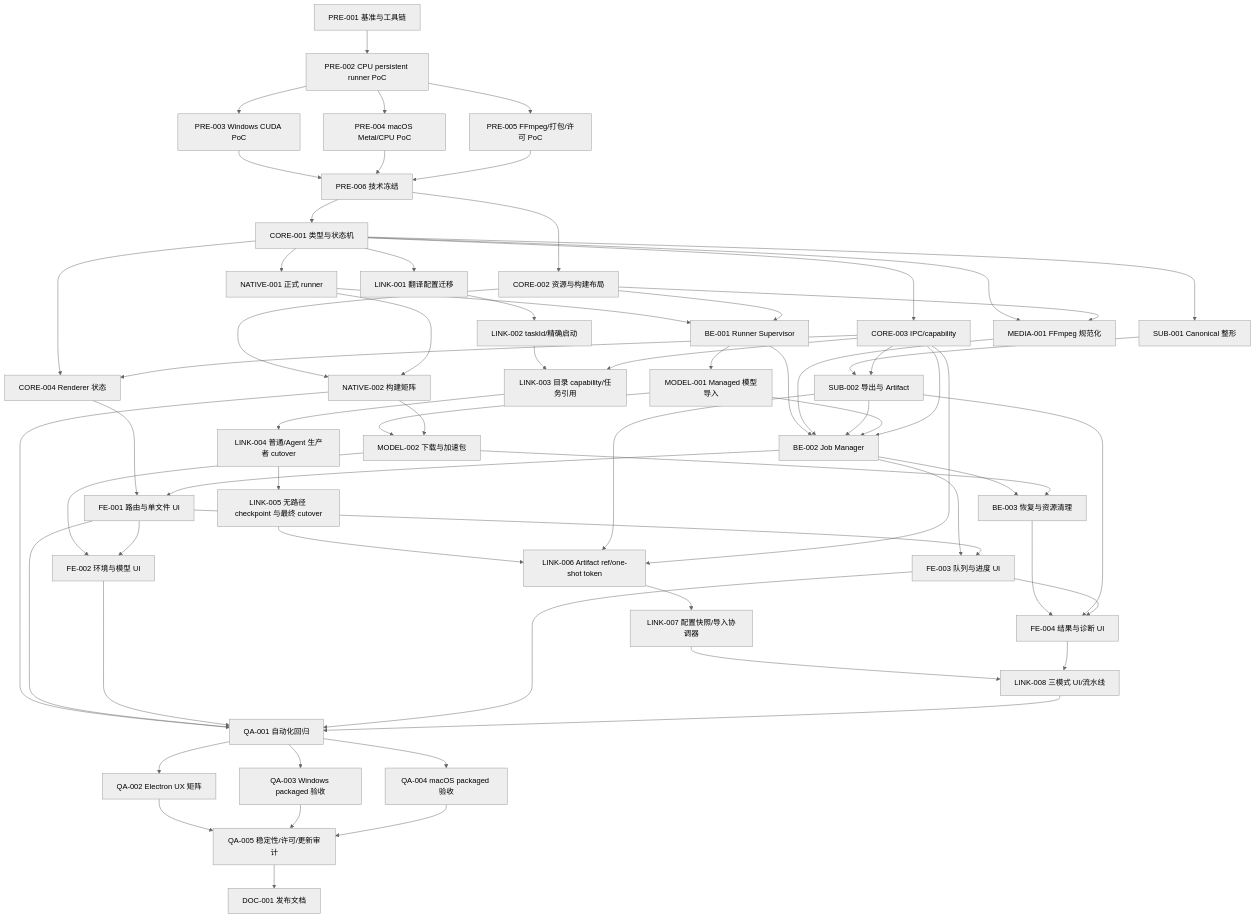
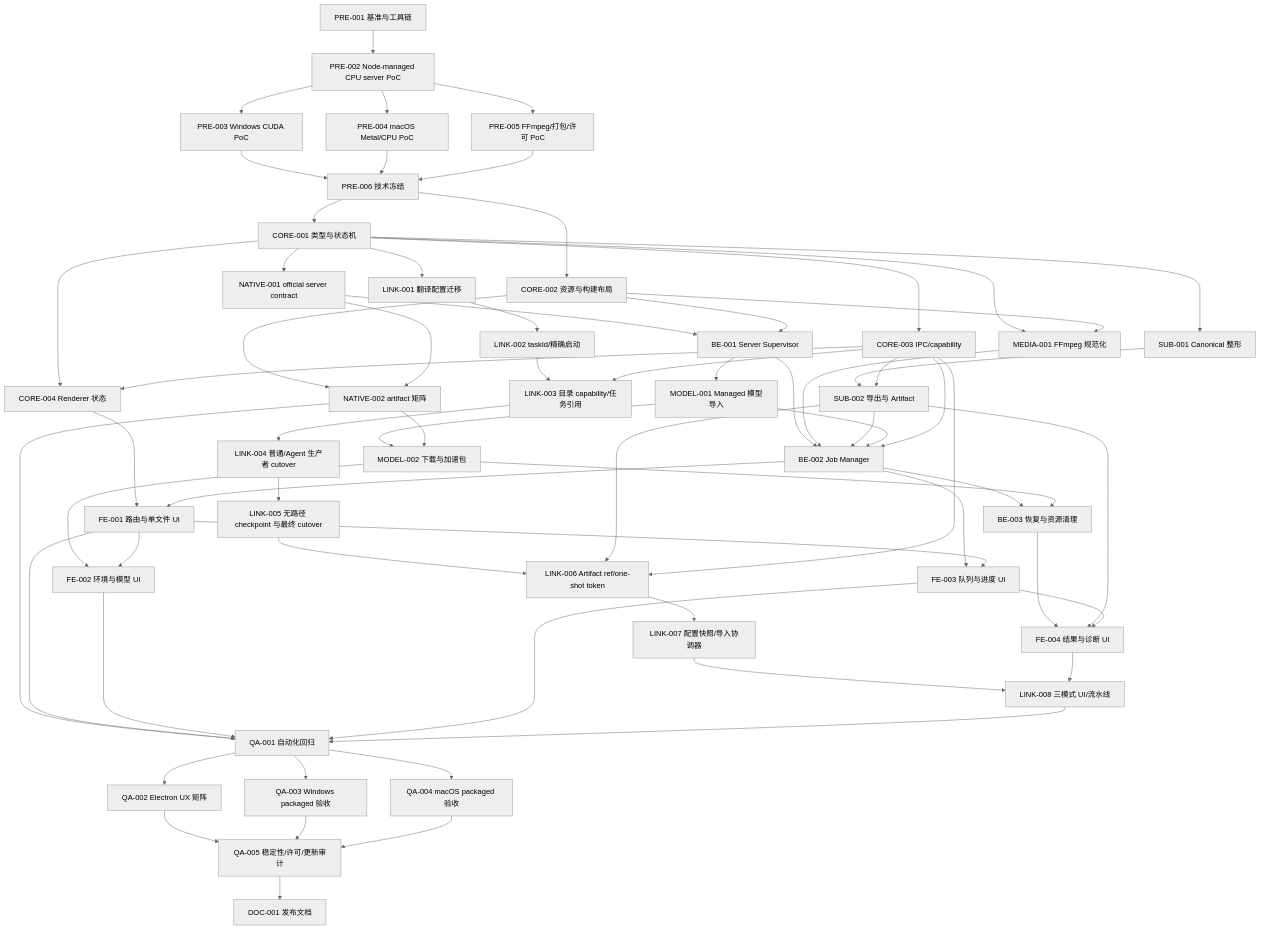
The diagram in docs/v0.2.11/local-subtitle-transcriber/local-subtitle-transcriber_execution_plan.md (QiuYeDx/FusionKit), drawn with Mermaid (neutral theme) before and after one commit. The commit also changed other lines of this file and 23 other files, not shown here.

Commit message:
complete PRE-002 with Node-managed whisper server

````diff
--- a/docs/v0.2.11/local-subtitle-transcriber/local-subtitle-transcriber_execution_plan.md
+++ b/docs/v0.2.11/local-subtitle-transcriber/local-subtitle-transcriber_execution_plan.md
@@ -154,74 +156,74 @@
 ```mermaid
 flowchart TD
-  PRE1["PRE-001 基准与工具链"] --> PRE2["PRE-002 CPU persistent runner PoC"]
+  PRE1["PRE-001 基准与工具链"] --> PRE2["PRE-002 Node-managed CPU server PoC"]
   PRE2 --> PRE3["PRE-003 Windows CUDA PoC"]
   PRE2 --> PRE4["PRE-004 macOS Metal/CPU PoC"]
   PRE2 --> PRE5["PRE-005 FFmpeg/打包/许可 PoC"]
   PRE3 --> PRE6["PRE-006 技术冻结"]
   PRE4 --> PRE6
   PRE5 --> PRE6
 
   PRE6 --> CORE1["CORE-001 类型与状态机"]
   PRE6 --> CORE2["CORE-002 资源与构建布局"]
   CORE1 --> CORE3["CORE-003 IPC/capability"]
   CORE1 --> CORE4["CORE-004 Renderer 状态"]
   CORE3 --> CORE4
-  CORE1 --> NATIVE1["NATIVE-001 正式 runner"]
-  CORE2 --> NATIVE2["NATIVE-002 构建矩阵"]
+  CORE1 --> NATIVE1["NATIVE-001 official server contract"]
+  CORE2 --> NATIVE2["NATIVE-002 artifact 矩阵"]
   NATIVE1 --> NATIVE2
 
-  NATIVE1 --> BE1["BE-001 Runner Supervisor"]
+  NATIVE1 --> BE1["BE-001 Server Supervisor"]
   CORE2 --> BE1
   CORE1 --> MEDIA1["MEDIA-001 FFmpeg 规范化"]
   CORE2 --> MEDIA1
   CORE1 --> SUB1["SUB-001 Canonical 整形"]
   SUB1 --> SUB2["SUB-002 导出与 Artifact"]
   CORE3 --> SUB2
   BE1 --> MODEL1["MODEL-001 Managed 模型导入"]
   MODEL1 --> MODEL2["MODEL-002 下载与加速包"]
   NATIVE2 --> MODEL2
 
   BE1 --> BE2["BE-002 Job Manager"]
   MEDIA1 --> BE2
   SUB2 --> BE2
   MODEL1 --> BE2
   CORE3 --> BE2
   BE2 --> BE3["BE-003 恢复与资源清理"]
   MODEL2 --> BE3
 
   CORE4 --> FE1["FE-001 路由与单文件 UI"]
   BE2 --> FE1
   MODEL2 --> FE2["FE-002 环境与模型 UI"]
   FE1 --> FE2
   BE2 --> FE3["FE-003 队列与进度 UI"]
   FE1 --> FE3
   BE3 --> FE4["FE-004 结果与诊断 UI"]
   SUB2 --> FE4
   FE3 --> FE4
 
   CORE1 --> LINK1["LINK-001 翻译配置迁移"]
   LINK1 --> LINK2["LINK-002 taskId/精确启动"]
   LINK2 --> LINK3["LINK-003 目录 capability/任务引用"]
   CORE3 --> LINK3
   LINK3 --> LINK4["LINK-004 普通/Agent 生产者 cutover"]
   LINK4 --> LINK5["LINK-005 无路径 checkpoint 与最终 cutover"]
   LINK5 --> LINK6["LINK-006 Artifact ref/one-shot token"]
   SUB2 --> LINK6
   CORE3 --> LINK6
   LINK6 --> LINK7["LINK-007 配置快照/导入协调器"]
   LINK7 --> LINK8["LINK-008 三模式 UI/流水线"]
   FE4 --> LINK8
 
   NATIVE2 --> QA1["QA-001 自动化回归"]
   FE1 --> QA1
   FE2 --> QA1
   FE3 --> QA1
   LINK8 --> QA1
   QA1 --> QA2["QA-002 Electron UX 矩阵"]
   QA1 --> QA3["QA-003 Windows packaged 验收"]
   QA1 --> QA4["QA-004 macOS packaged 验收"]
   QA2 --> QA5["QA-005 稳定性/许可/更新审计"]
   QA3 --> QA5
   QA4 --> QA5
   QA5 --> DOC1["DOC-001 发布文档"]
 ```
````
